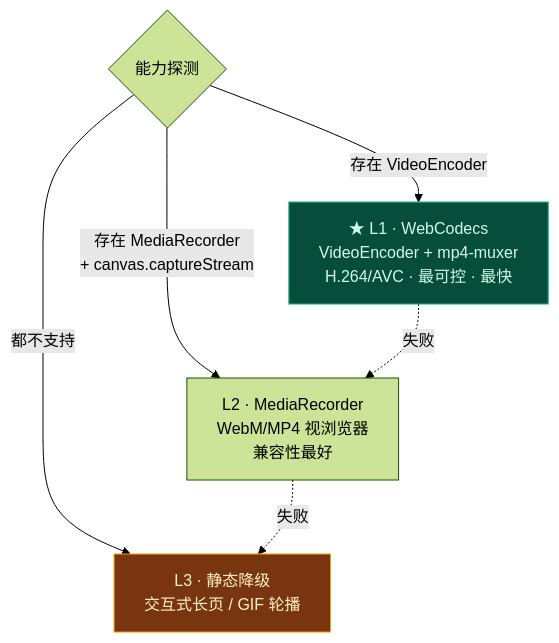
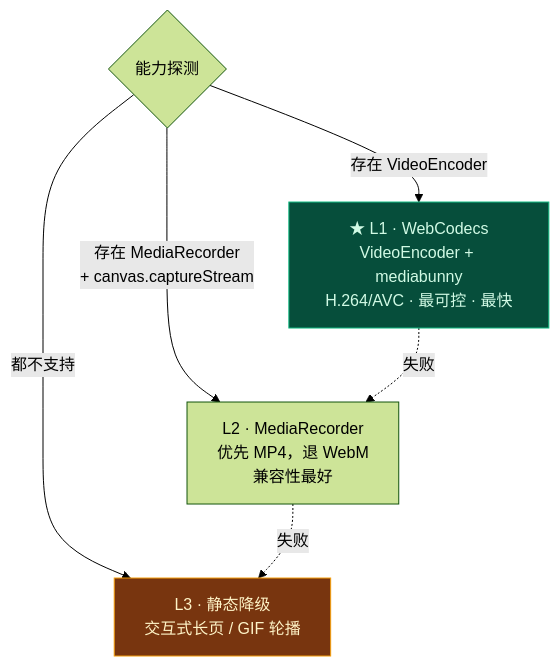
One commit to JohnMaxwell0123/TripCraft changed the fourth of 5 diagrams in docs/06-memory-journal-engine.md. Above: the diagram before and after it, drawn with Mermaid (forest theme). The commit also changed other lines of this file and 5 other files, not shown here.

````diff
--- a/docs/06-memory-journal-engine.md
+++ b/docs/06-memory-journal-engine.md
@@ -456,13 +572,13 @@
 ```mermaid
 flowchart TB
     D{"能力探测"}
-    D -->|"存在 VideoEncoder"| L1["★ L1 · WebCodecs<br/>VideoEncoder + mp4-muxer<br/>H.264/AVC · 最可控 · 最快"]
-    D -->|"存在 MediaRecorder<br/>+ canvas.captureStream"| L2["L2 · MediaRecorder<br/>WebM/MP4 视浏览器<br/>兼容性最好"]
+    D -->|"存在 VideoEncoder"| L1["★ L1 · WebCodecs<br/>VideoEncoder + mediabunny<br/>H.264/AVC · 最可控 · 最快"]
+    D -->|"存在 MediaRecorder<br/>+ canvas.captureStream"| L2["L2 · MediaRecorder<br/>优先 MP4，退 WebM<br/>兼容性最好"]
     D -->|"都不支持"| L3["L3 · 静态降级<br/>交互式长页 / GIF 轮播"]
 
     L1 -.失败.-> L2
     L2 -.失败.-> L3
 
     style L1 fill:#064e3b,stroke:#10b981,color:#d1fae5
     style L3 fill:#78350f,stroke:#f59e0b,color:#fef3c7
 ```
````
